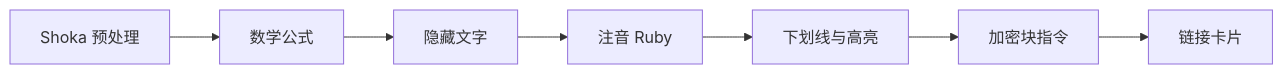
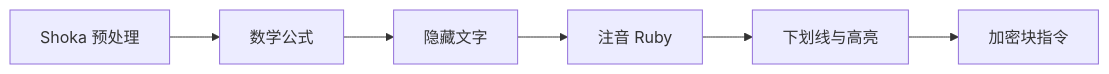
One commit to RockyBabcock/rocky-blog changed the second of 3 diagrams in src/content/blog/note/front-end/markdown-pipeline.md. Above: the diagram before and after it, drawn with Mermaid. The commit also changed other lines of this file and 100 other files, not shown here.

````diff
--- a/src/content/blog/note/front-end/markdown-pipeline.md
+++ b/src/content/blog/note/front-end/markdown-pipeline.md
@@ -41,9 +41,8 @@
 ```mermaid
 flowchart LR
     P[Shoka 预处理] --> M[数学公式]
     M --> S[隐藏文字]
     S --> R[注音 Ruby]
     R --> E[下划线与高亮]
     E --> D[加密块指令]
-    D --> L[链接卡片]
 ```
````
